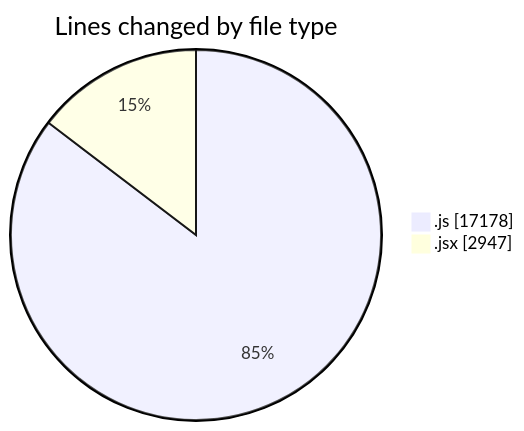
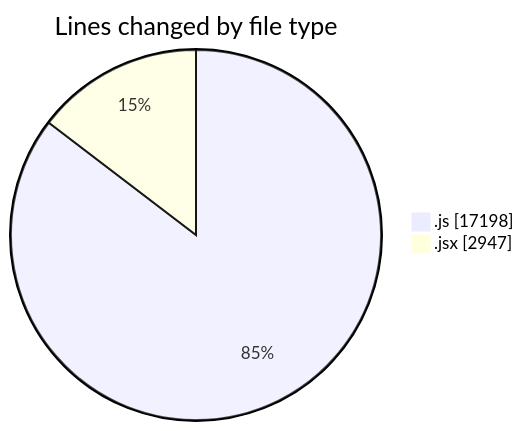
The first of 2 diagrams in 2025-09-26/nxtqube_webapp/README.md (nxtqubesakshisongat/code-tracking), drawn with Mermaid before and after one commit. The commit also changed other lines of this file and 1 other file, not shown here.

````diff
--- a/2025-09-26/nxtqube_webapp/README.md
+++ b/2025-09-26/nxtqube_webapp/README.md
@@ -27,6 +27,6 @@
 ```mermaid
 pie showData
 title Lines changed by file type
-".js" : 17178
+".js" : 17198
 ".jsx" : 2947
 ```
````
